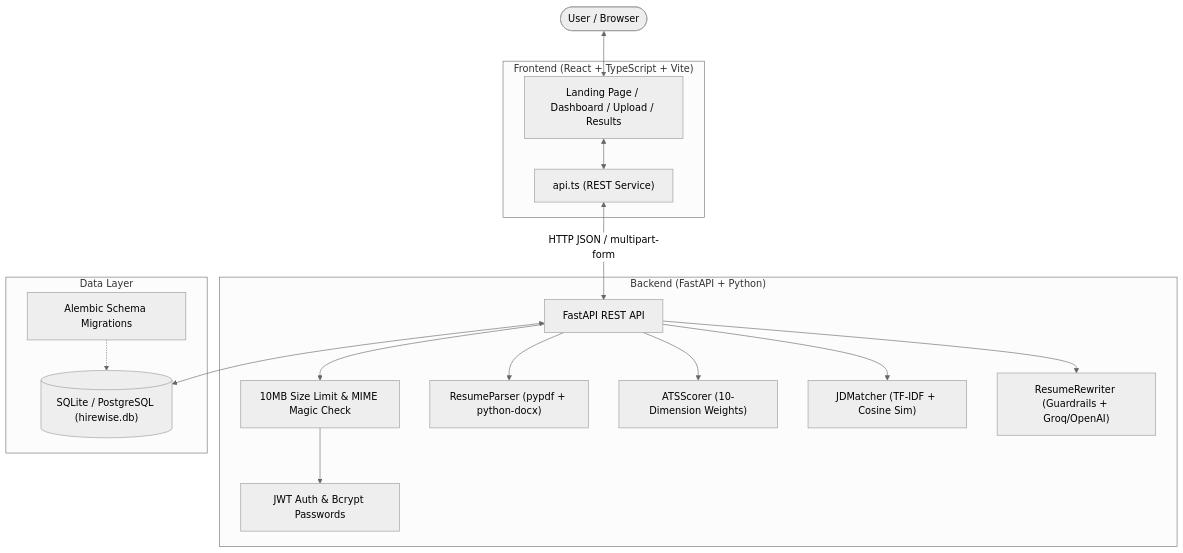
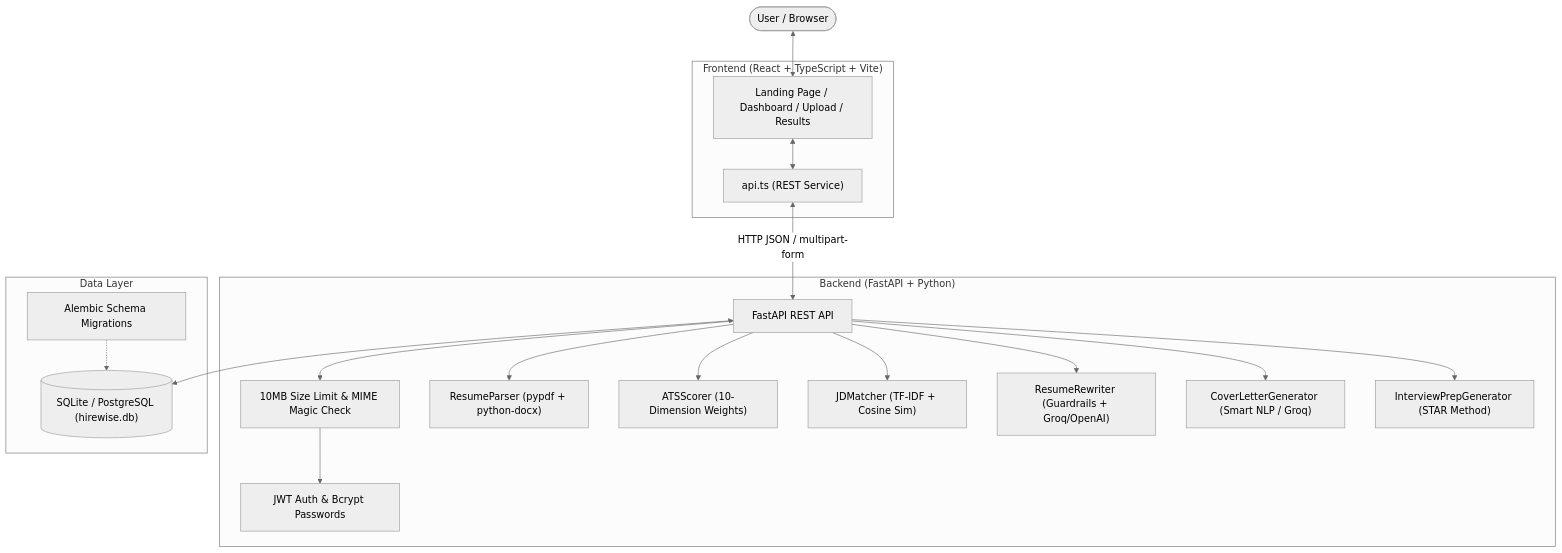
Before and after one commit to Arpit-tyagi001/Hirewise-AI: the diagram in README.md, drawn with Mermaid (neutral theme). The commit also changed other lines of this file, not shown here.

Commit message:
docs: update README with cover letter, interview prep, and zip bundle endpoints

````diff
--- a/README.md
+++ b/README.md
@@ -72,35 +72,39 @@
 ```mermaid
 flowchart TD
     User([User / Browser])
     
     subgraph Frontend ["Frontend (React + TypeScript + Vite)"]
         UI["Landing Page / Dashboard / Upload / Results"]
         ApiService["api.ts (REST Service)"]
         UI <--> ApiService
     end
 
     subgraph Backend ["Backend (FastAPI + Python)"]
         FastAPIApp["FastAPI REST API"]
         SecurityMW["10MB Size Limit & MIME Magic Check"]
         AuthModule["JWT Auth & Bcrypt Passwords"]
         Parser["ResumeParser (pypdf + python-docx)"]
         Scorer["ATSScorer (10-Dimension Weights)"]
         Matcher["JDMatcher (TF-IDF + Cosine Sim)"]
         Rewriter["ResumeRewriter (Guardrails + Groq/OpenAI)"]
+        CoverLetterGen["CoverLetterGenerator (Smart NLP / Groq)"]
+        InterviewPrepGen["InterviewPrepGenerator (STAR Method)"]
     end
 
     subgraph Storage ["Data Layer"]
         SQLiteDB[("SQLite / PostgreSQL (hirewise.db)")]
         Alembic["Alembic Schema Migrations"]
     end
 
     User <--> UI
     ApiService <-->|"HTTP JSON / multipart-form"| FastAPIApp
     FastAPIApp --> SecurityMW --> AuthModule
     FastAPIApp --> Parser
     FastAPIApp --> Scorer
     FastAPIApp --> Matcher
     FastAPIApp --> Rewriter
+    FastAPIApp --> CoverLetterGen
+    FastAPIApp --> InterviewPrepGen
     FastAPIApp <--> SQLiteDB
     Alembic -.-> SQLiteDB
 ```
````
